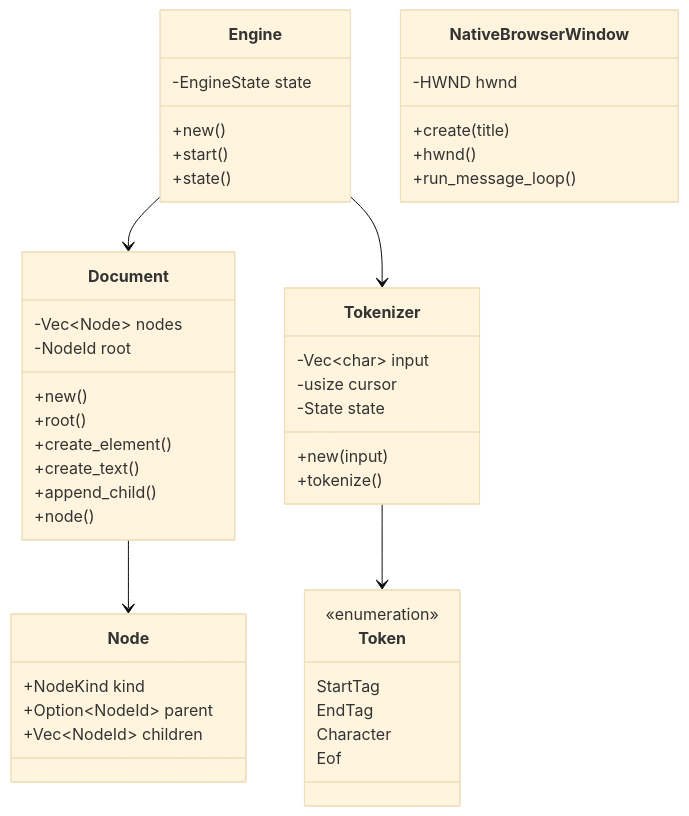
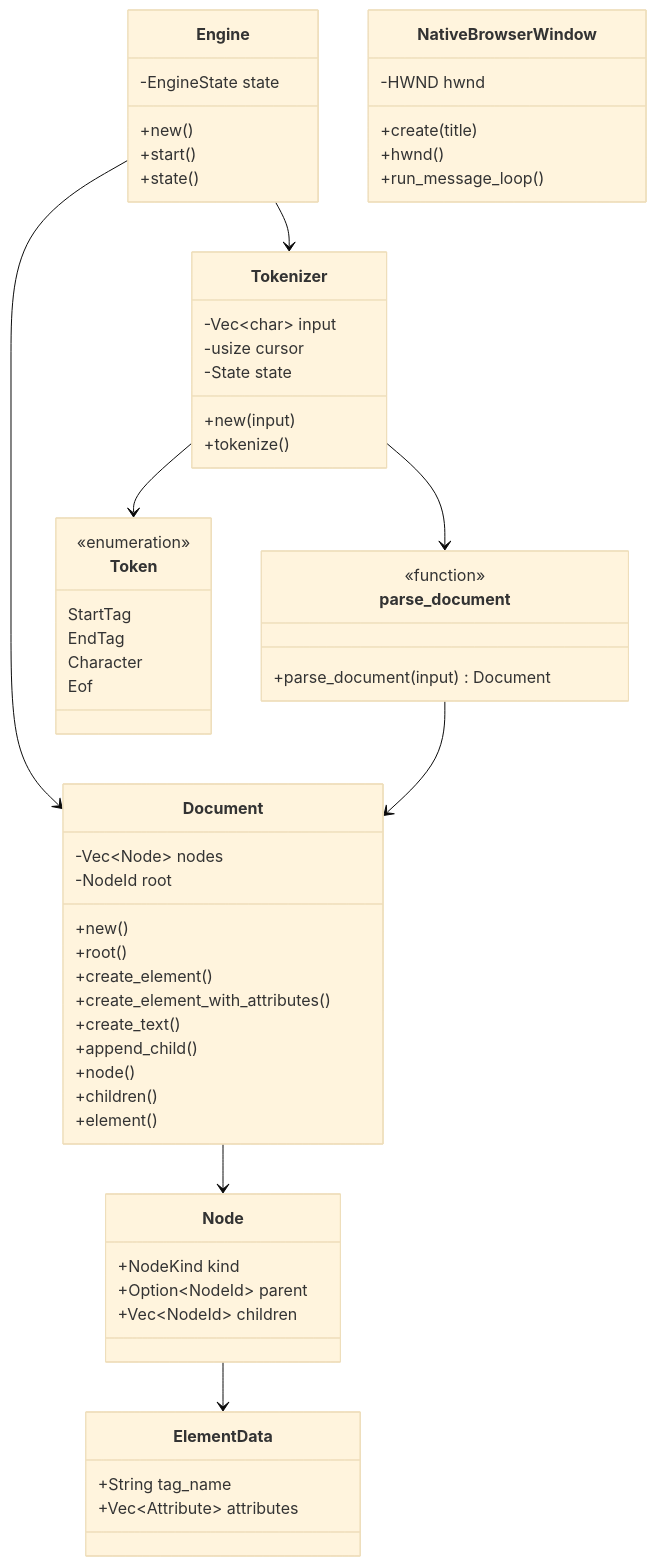
One commit to Gerbesh/OPBrowser changed the second of 2 diagrams in docs/CODE_GRAPH.md. Above: the diagram before and after it, drawn with Mermaid (base theme). The commit also changed other lines of this file and 10 other files, not shown here.

````diff
--- a/docs/CODE_GRAPH.md
+++ b/docs/CODE_GRAPH.md
@@ -34,54 +35,70 @@
 ```mermaid
 classDiagram
     class Engine {
         -EngineState state
         +new()
         +start()
         +state()
     }
 
     class NativeBrowserWindow {
         -HWND hwnd
         +create(title)
         +hwnd()
         +run_message_loop()
     }
 
     class Document {
         -Vec~Node~ nodes
         -NodeId root
         +new()
         +root()
         +create_element()
+        +create_element_with_attributes()
         +create_text()
         +append_child()
         +node()
+        +children()
+        +element()
     }
 
     class Node {
         +NodeKind kind
         +Option~NodeId~ parent
         +Vec~NodeId~ children
+    }
+
+    class ElementData {
+        +String tag_name
+        +Vec~Attribute~ attributes
     }
 
     class Tokenizer {
         -Vec~char~ input
         -usize cursor
         -State state
         +new(input)
         +tokenize()
     }
 
     class Token {
         <<enumeration>>
         StartTag
         EndTag
         Character
         Eof
     }
 
+    class parse_document {
+        <<function>>
+        +parse_document(input) Document
+    }
+
     Engine --> Document
     Engine --> Tokenizer
     Document --> Node
+    Node --> ElementData
     Tokenizer --> Token
+    Tokenizer --> parse_document
+    parse_document --> Document
 ```
````
